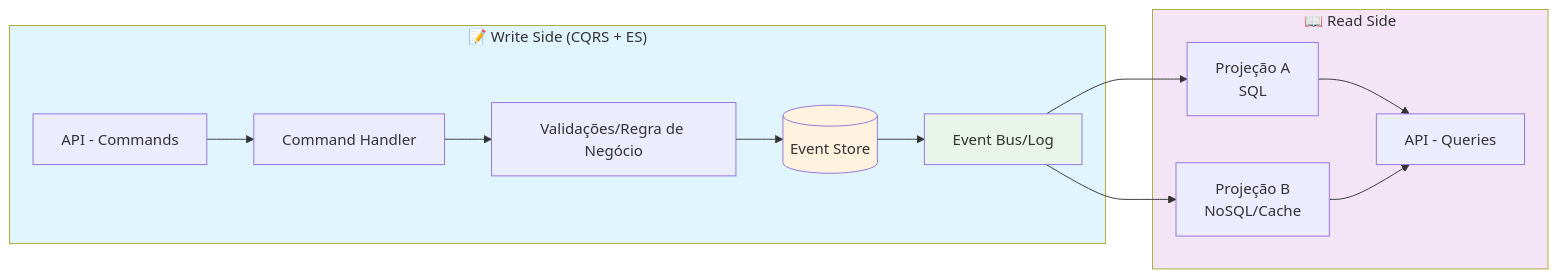
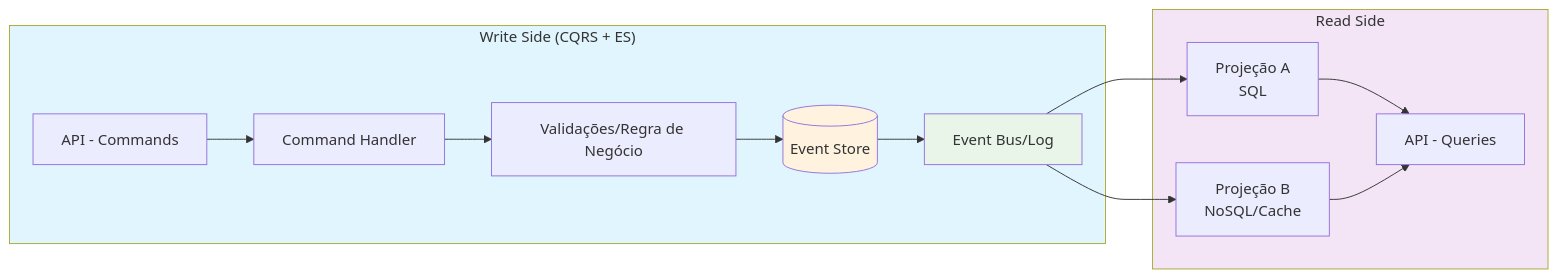
The first of 4 diagrams in src/content/blog/cqrs-event-sourcing-separando-escrita-leitura.md (rafaelsdiasdev/rafaelsdias.dev), drawn with Mermaid before and after one commit. The commit also changed 5 other files, not shown here.

````diff
--- a/src/content/blog/cqrs-event-sourcing-separando-escrita-leitura.md
+++ b/src/content/blog/cqrs-event-sourcing-separando-escrita-leitura.md
@@ -93,21 +93,21 @@
 ```mermaid
 flowchart LR
-    subgraph Write["📝 Write Side (CQRS + ES)"]
+    subgraph Write["Write Side (CQRS + ES)"]
         UIW[API - Commands] --> CH[Command Handler]
         CH --> V[Validações/Regra de Negócio]
         V --> ES[(Event Store)]
         ES --> EB[Event Bus/Log]
     end
 
-    subgraph Read["📖 Read Side"]
+    subgraph Read["Read Side"]
         EB --> P1[Projeção A<br/>SQL]
         EB --> P2[Projeção B<br/>NoSQL/Cache]
         P1 --> Q1[API - Queries]
         P2 --> Q1
     end
     
     style Write fill:#e1f5fe
     style Read fill:#f3e5f5
     style ES fill:#fff3e0
     style EB fill:#e8f5e8
 ```
````
